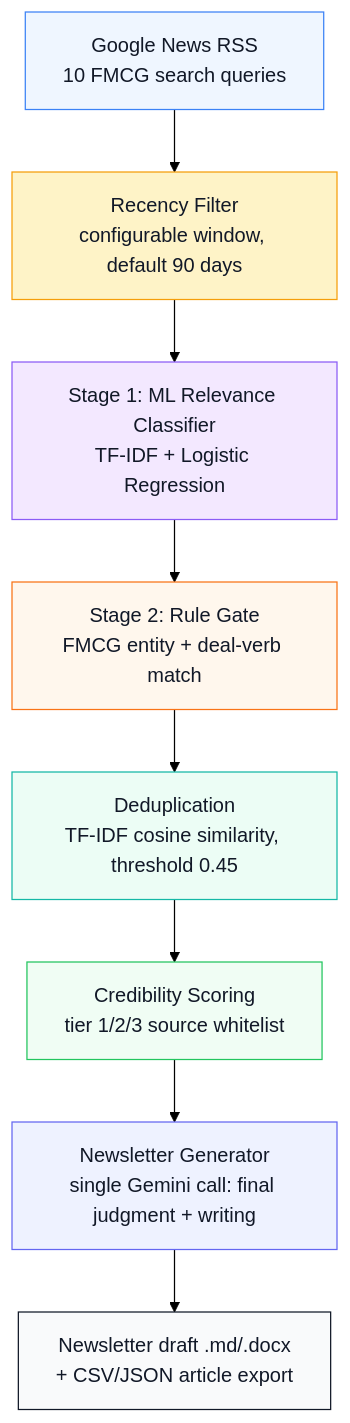
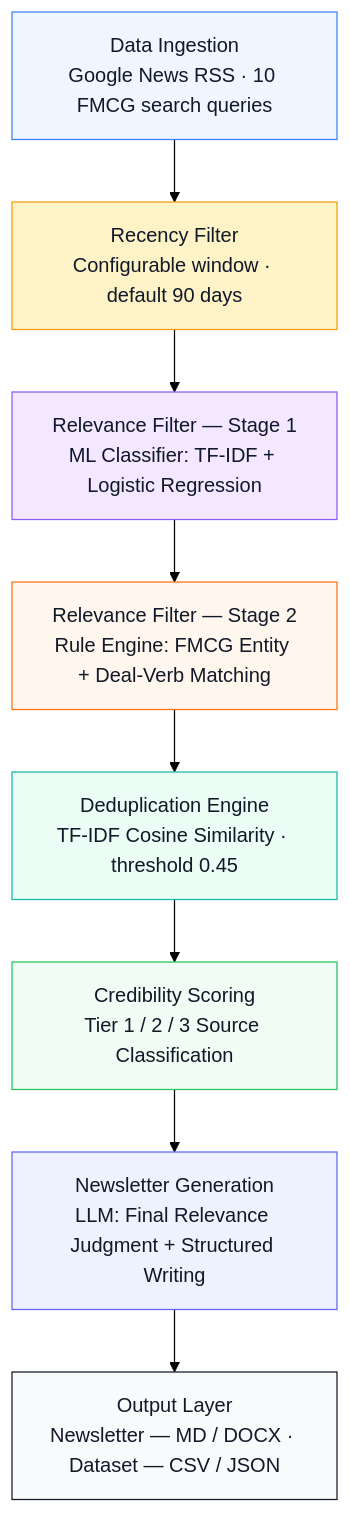
The diagram in README.md (scariadon5/FMCG-Deal-Intelligence), drawn with Mermaid (forest theme) before and after one commit.

Commit message:
Formalize architecture diagram labels to standard system-design naming conventions

````diff
--- a/README.md
+++ b/README.md
@@ -12,19 +12,19 @@
 ```mermaid
 flowchart TD
-    A[Google News RSS<br/>10 FMCG search queries] --> B[Recency Filter<br/>configurable window, default 90 days]
-    B --> C[Stage 1: ML Relevance Classifier<br/>TF-IDF + Logistic Regression]
-    C --> D[Stage 2: Rule Gate<br/>FMCG entity + deal-verb match]
-    D --> E[Deduplication<br/>TF-IDF cosine similarity, threshold 0.45]
-    E --> F[Credibility Scoring<br/>tier 1/2/3 source whitelist]
-    F --> G[Newsletter Generator<br/>single Gemini call: final judgment + writing]
-    G --> H[Newsletter draft .md/.docx<br/>+ CSV/JSON article export]
+    A[Data Ingestion<br/>Google News RSS · 10 FMCG search queries] --> B[Recency Filter<br/>Configurable window · default 90 days]
+    B --> C[Relevance Filter — Stage 1<br/>ML Classifier: TF-IDF + Logistic Regression]
+    C --> D[Relevance Filter — Stage 2<br/>Rule Engine: FMCG Entity + Deal-Verb Matching]
+    D --> E[Deduplication Engine<br/>TF-IDF Cosine Similarity · threshold 0.45]
+    E --> F[Credibility Scoring<br/>Tier 1 / 2 / 3 Source Classification]
+    F --> G[Newsletter Generation<br/>LLM: Final Relevance Judgment + Structured Writing]
+    G --> H[Output Layer<br/>Newsletter — MD / DOCX · Dataset — CSV / JSON]
 
     style A fill:#EFF6FF,stroke:#3B82F6,color:#111827
     style B fill:#FEF3C7,stroke:#F59E0B,color:#111827
     style C fill:#F3E8FF,stroke:#8B5CF6,color:#111827
     style D fill:#FFF7ED,stroke:#F97316,color:#111827
     style E fill:#ECFDF5,stroke:#14B8A6,color:#111827
     style F fill:#F0FDF4,stroke:#22C55E,color:#111827
     style G fill:#EEF2FF,stroke:#6366F1,color:#111827
     style H fill:#F9FAFB,stroke:#111827,color:#111827
 ```
````
